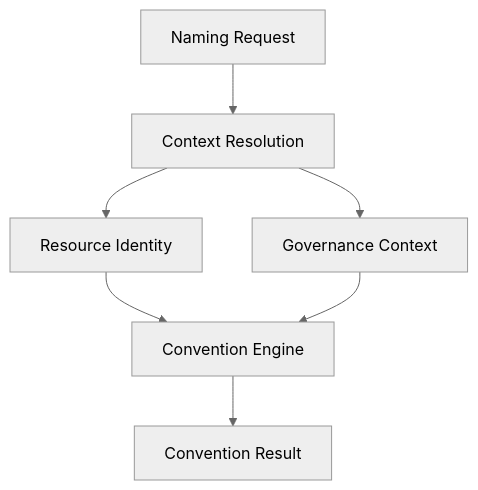
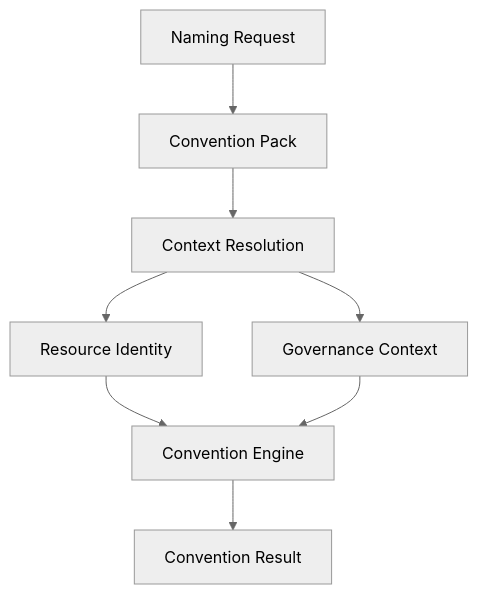
The diagram in specification/governance-context.md (lksnext/iac-resource-conventions), drawn with Mermaid (neutral theme) before and after one commit. The commit also changed other lines of this file and 3 other files, not shown here.

Commit message:
docs(specification): clarify convention pack and governance profile separation

````diff
--- a/specification/governance-context.md
+++ b/specification/governance-context.md
@@ -78,9 +83,10 @@
 ```mermaid
 flowchart TD
-    NR["Naming Request"] --> CR["Context Resolution"]
+    NR["Naming Request"] --> CP["Convention Pack"]
+    CP --> CR["Context Resolution"]
     CR --> RI["Resource Identity"]
     CR --> GC["Governance Context"]
     RI --> CE["Convention Engine"]
     GC --> CE
     CE --> Result["Convention Result"]
 ```
````
